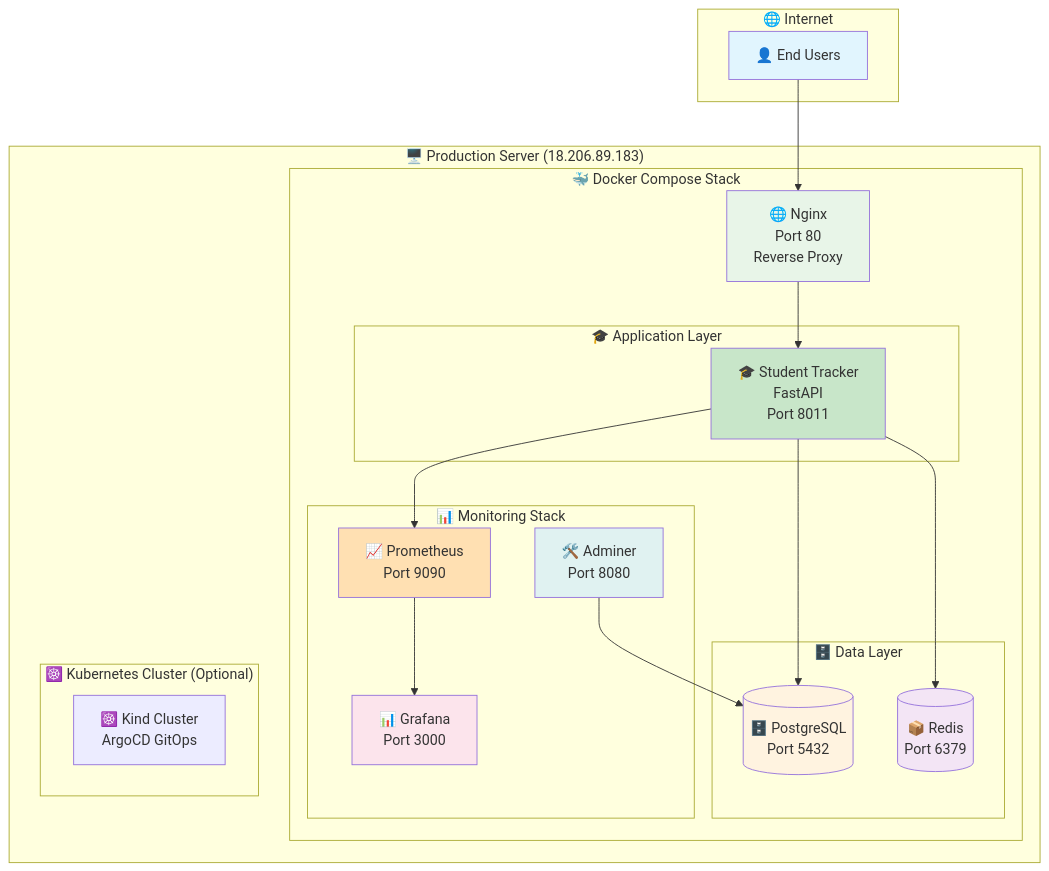
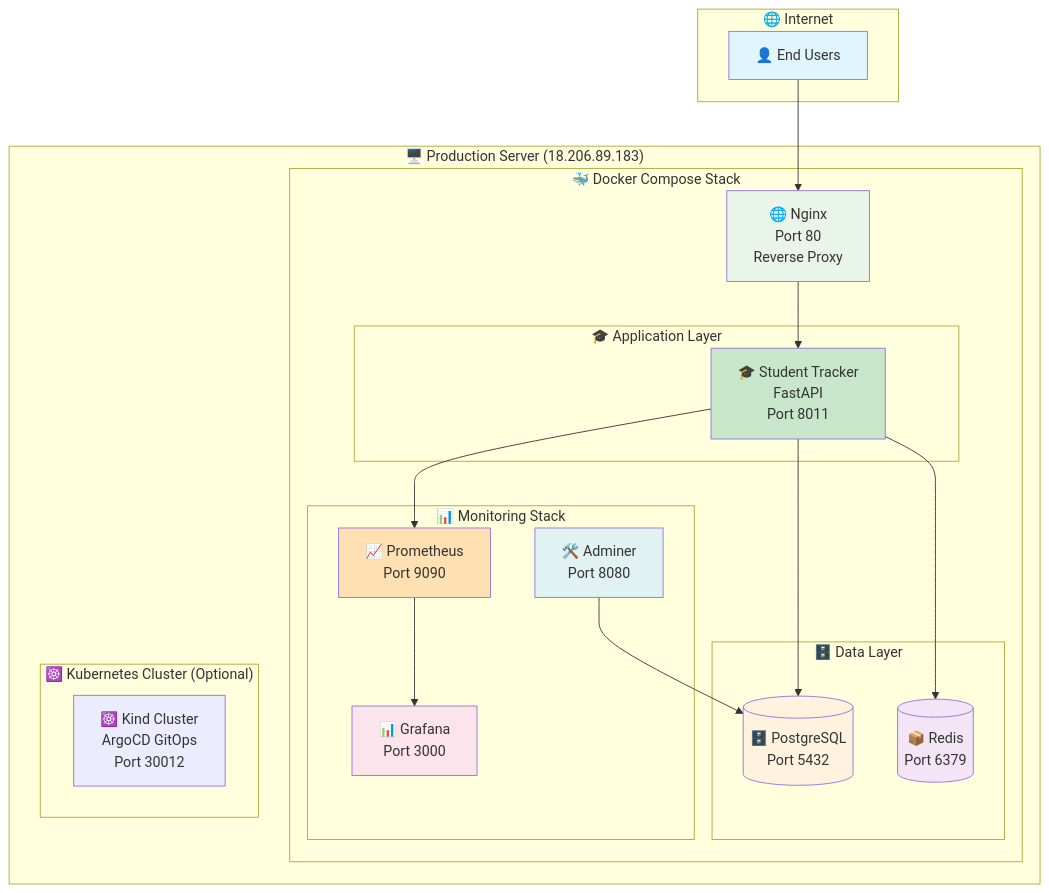
The first of 4 diagrams in README.md (bonaventuresimeon/NativeSeries), drawn with Mermaid before and after one commit. The commit also changed other lines of this file and 10 other files, not shown here.

````diff
--- a/README.md
+++ b/README.md
@@ -56,48 +97,48 @@
 ```mermaid
 graph TB
     subgraph "🌐 Internet"
         User[👤 End Users]
     end
     
     subgraph "🖥️ Production Server (18.206.89.183)"
         subgraph "🐳 Docker Compose Stack"
             Nginx[🌐 Nginx<br/>Port 80<br/>Reverse Proxy]
             
             subgraph "🎓 Application Layer"
                 App[🎓 Student Tracker<br/>FastAPI<br/>Port 8011]
             end
             
             subgraph "🗄️ Data Layer"
                 DB[(🗄️ PostgreSQL<br/>Port 5432)]
                 Cache[(📦 Redis<br/>Port 6379)]
             end
             
             subgraph "📊 Monitoring Stack"
                 Prom[📈 Prometheus<br/>Port 9090]
                 Graf[📊 Grafana<br/>Port 3000]
                 Admin[🛠️ Adminer<br/>Port 8080]
             end
         end
         
         subgraph "☸️ Kubernetes Cluster (Optional)"
-            K8s[☸️ Kind Cluster<br/>ArgoCD GitOps]
+            K8s[☸️ Kind Cluster<br/>ArgoCD GitOps<br/>Port 30012]
         end
     end
     
     User --> Nginx
     Nginx --> App
     App --> DB
     App --> Cache
     App --> Prom
     Prom --> Graf
     Admin --> DB
     
     style User fill:#e1f5fe
     style App fill:#c8e6c9
     style DB fill:#fff3e0
     style Cache fill:#f3e5f5
     style Nginx fill:#e8f5e8
     style Prom fill:#ffe0b2
     style Graf fill:#fce4ec
     style Admin fill:#e0f2f1
 ```
````
